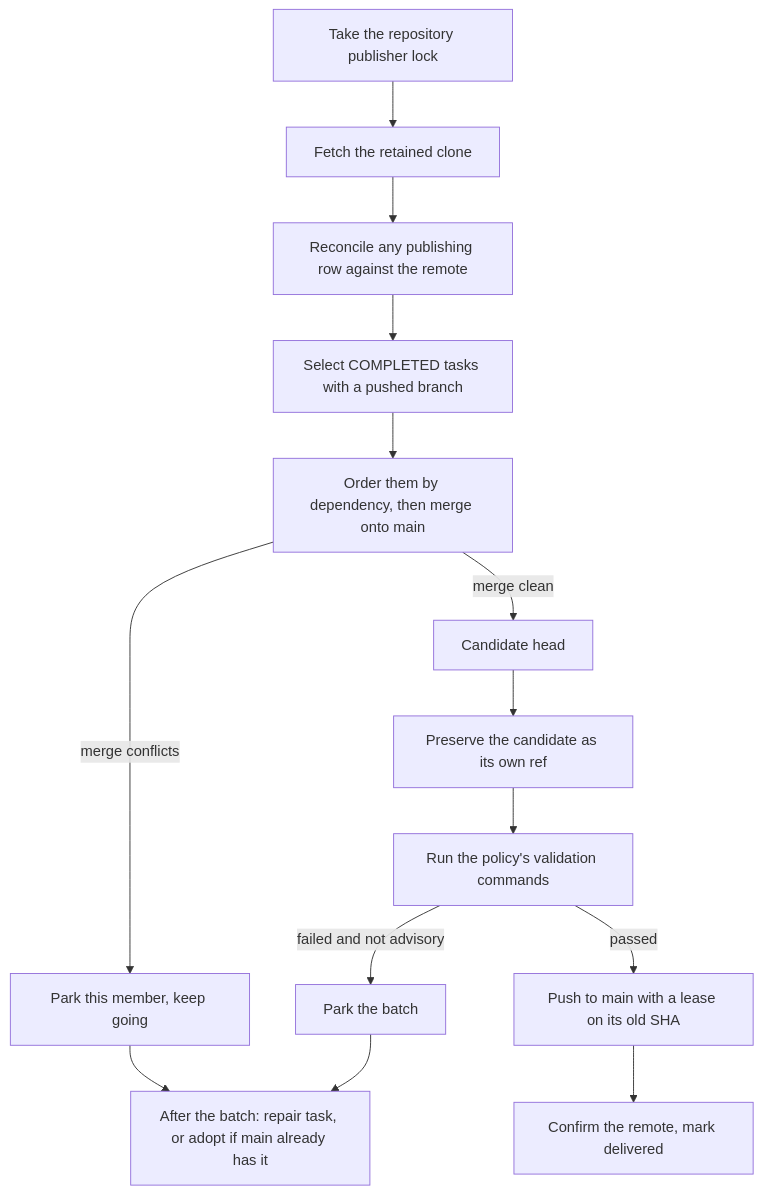
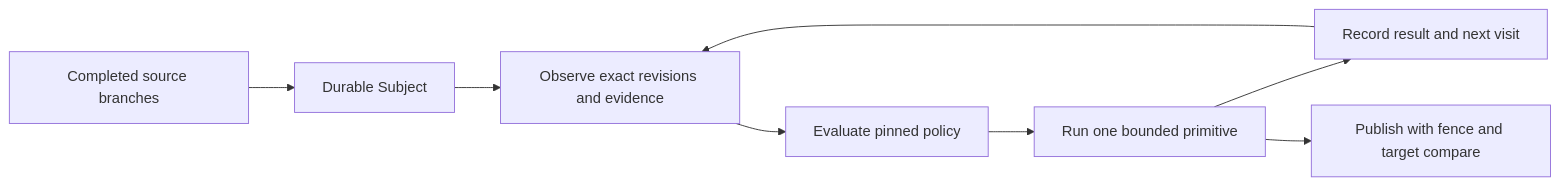
The diagram in docs/concepts/integration.md (ElectricJack/agent-queue), drawn with Mermaid before and after one commit. The commit also changed other lines of this file and 254 other files, not shown here.

````diff
--- a/docs/concepts/integration.md
+++ b/docs/concepts/integration.md
@@ -175,16 +21,10 @@
 ```mermaid
-flowchart TD
-    A[Take the repository publisher lock] --> B[Fetch the retained clone]
-    B --> C[Reconcile any publishing row against the remote]
-    C --> D[Select COMPLETED tasks with a pushed branch]
-    D --> E[Order them by dependency, then merge onto main]
-    E -->|merge conflicts| P[Park this member, keep going]
-    E -->|merge clean| F[Candidate head]
-    F --> G[Preserve the candidate as its own ref]
-    G --> H[Run the policy's validation commands]
-    H -->|failed and not advisory| Q[Park the batch]
-    H -->|passed| I[Push to main with a lease on its old SHA]
-    I --> J[Confirm the remote, mark delivered]
-    P --> K[After the batch: repair task, or adopt if main already has it]
-    Q --> K
+flowchart LR
+    A[Completed source branches] --> B[Durable Subject]
+    B --> C[Observe exact revisions and evidence]
+    C --> D[Evaluate pinned policy]
+    D --> E[Run one bounded primitive]
+    E --> F[Record result and next visit]
+    F --> C
+    E --> G[Publish with fence and target compare]
 ```
````
